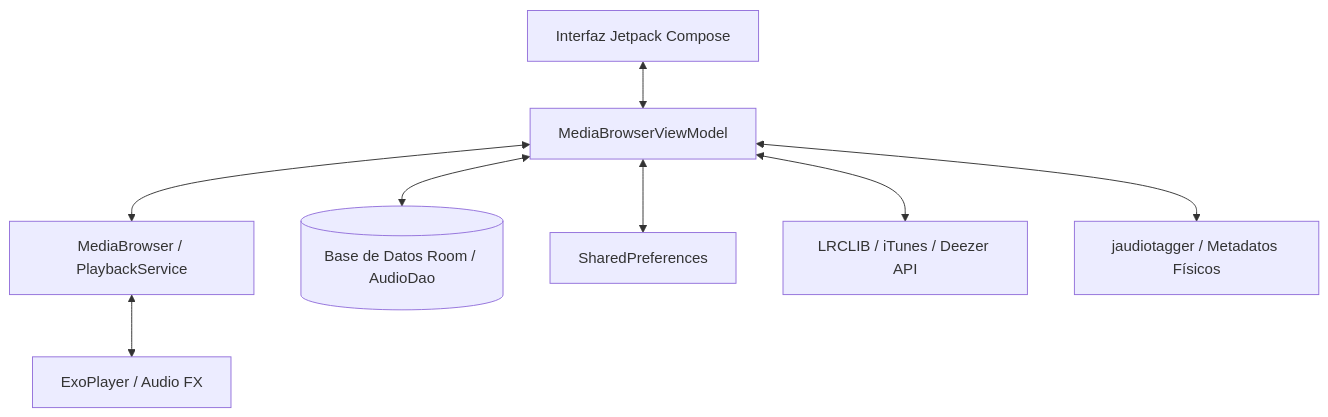
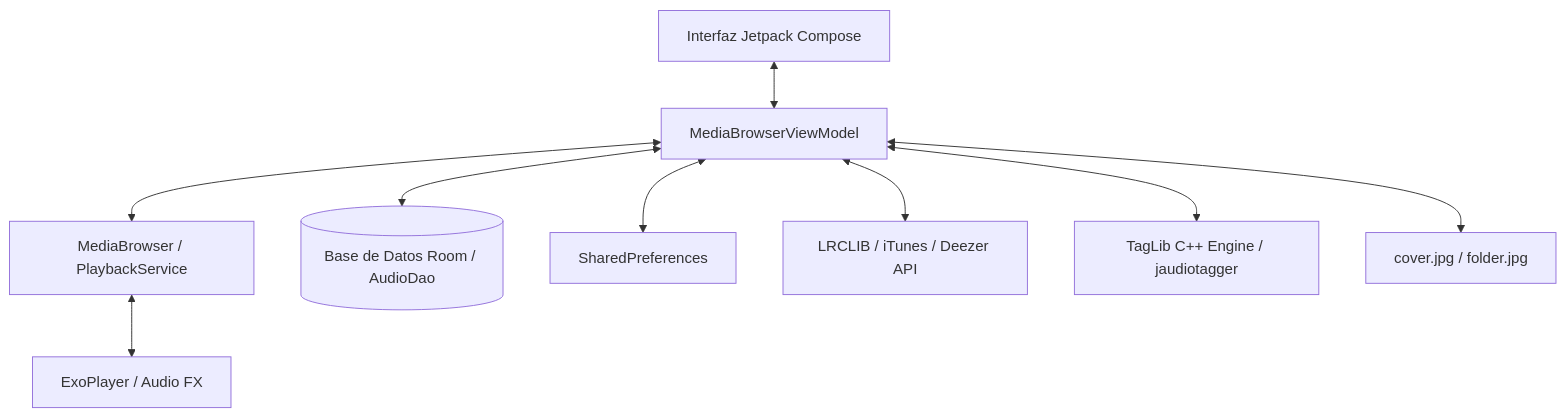
The diagram in context.md (KevshuppD/KevMusicPlayer), drawn with Mermaid before and after one commit. The commit also changed other lines of this file, not shown here.

Commit message:
docs: update context.md with TagLib C++ engine, folder cover strategy, background playback protections, and R8 build speedups

````diff
--- a/context.md
+++ b/context.md
@@ -11,10 +11,11 @@
 ```mermaid
 graph TD
     UI[Interfaz Jetpack Compose] <--> VM[MediaBrowserViewModel]
     VM <--> MS[MediaBrowser / PlaybackService]
     MS <--> EP[ExoPlayer / Audio FX]
     VM <--> DB[(Base de Datos Room / AudioDao)]
     VM <--> Prefs[SharedPreferences]
     VM <--> Net[LRCLIB / iTunes / Deezer API]
-    VM <--> Tag[jaudiotagger / Metadatos Físicos]
+    VM <--> TagLib[TagLib C++ Engine / jaudiotagger]
+    VM <--> FolderCover[cover.jpg / folder.jpg]
 ```
````
